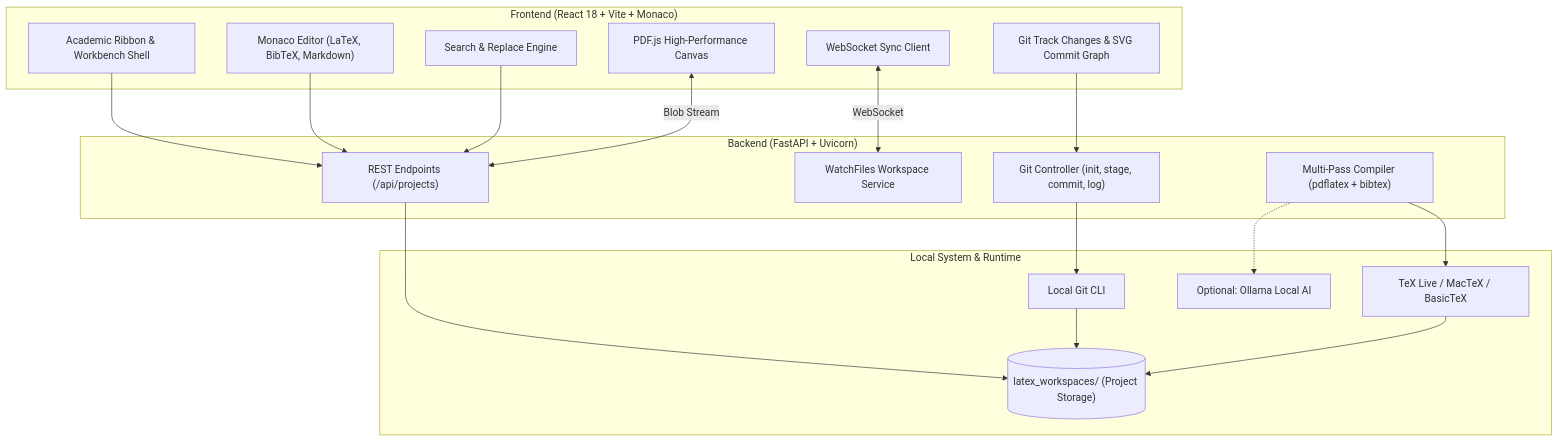
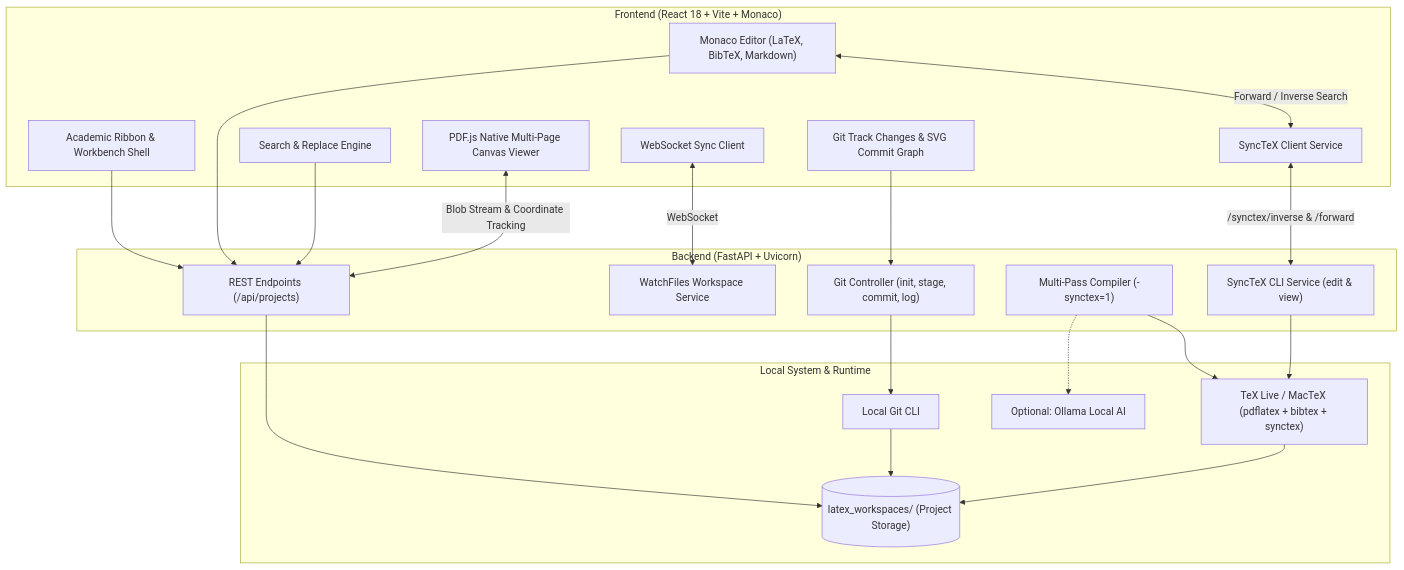
Before and after one commit to aditlab-code/AegisResearch: the diagram in README.md, drawn with Mermaid. The commit also changed other lines of this file and 3 other files, not shown here.

````diff
--- a/README.md
+++ b/README.md
@@ -34,39 +35,44 @@
 ```mermaid
 graph TD
     subgraph Client ["Frontend (React 18 + Vite + Monaco)"]
         UI["Academic Ribbon & Workbench Shell"]
         Monaco["Monaco Editor (LaTeX, BibTeX, Markdown)"]
-        PDF["PDF.js High-Performance Canvas"]
+        PDF["PDF.js Native Multi-Page Canvas Viewer"]
         GitPanel["Git Track Changes & SVG Commit Graph"]
         SearchPanel["Search & Replace Engine"]
+        SyncClient["SyncTeX Client Service"]
         WSClient["WebSocket Sync Client"]
     end
 
     subgraph Server ["Backend (FastAPI + Uvicorn)"]
         API["REST Endpoints (/api/projects)"]
         Watcher["WatchFiles Workspace Service"]
         GitService["Git Controller (init, stage, commit, log)"]
-        CompilerService["Multi-Pass Compiler (pdflatex + bibtex)"]
+        CompilerService["Multi-Pass Compiler (-synctex=1)"]
+        SyncTeXService["SyncTeX CLI Service (edit & view)"]
     end
 
     subgraph System ["Local System & Runtime"]
         Storage[("latex_workspaces/ (Project Storage)")]
-        TexEngine["TeX Live / MacTeX / BasicTeX"]
+        TexEngine["TeX Live / MacTeX (pdflatex + bibtex + synctex)"]
         GitCLI["Local Git CLI"]
         OllamaLLM["Optional: Ollama Local AI"]
     end
 
     UI --> API
     Monaco --> API
+    Monaco <-->|Forward / Inverse Search| SyncClient
+    SyncClient <-->|/synctex/inverse & /forward| SyncTeXService
     GitPanel --> GitService
     SearchPanel --> API
     WSClient <-->|WebSocket| Watcher
     
     API --> Storage
     GitService --> GitCLI
     GitCLI --> Storage
     CompilerService --> TexEngine
+    SyncTeXService --> TexEngine
     TexEngine --> Storage
-    PDF <-->|Blob Stream| API
+    PDF <-->|Blob Stream & Coordinate Tracking| API
     CompilerService -.-> OllamaLLM
 ```
````
